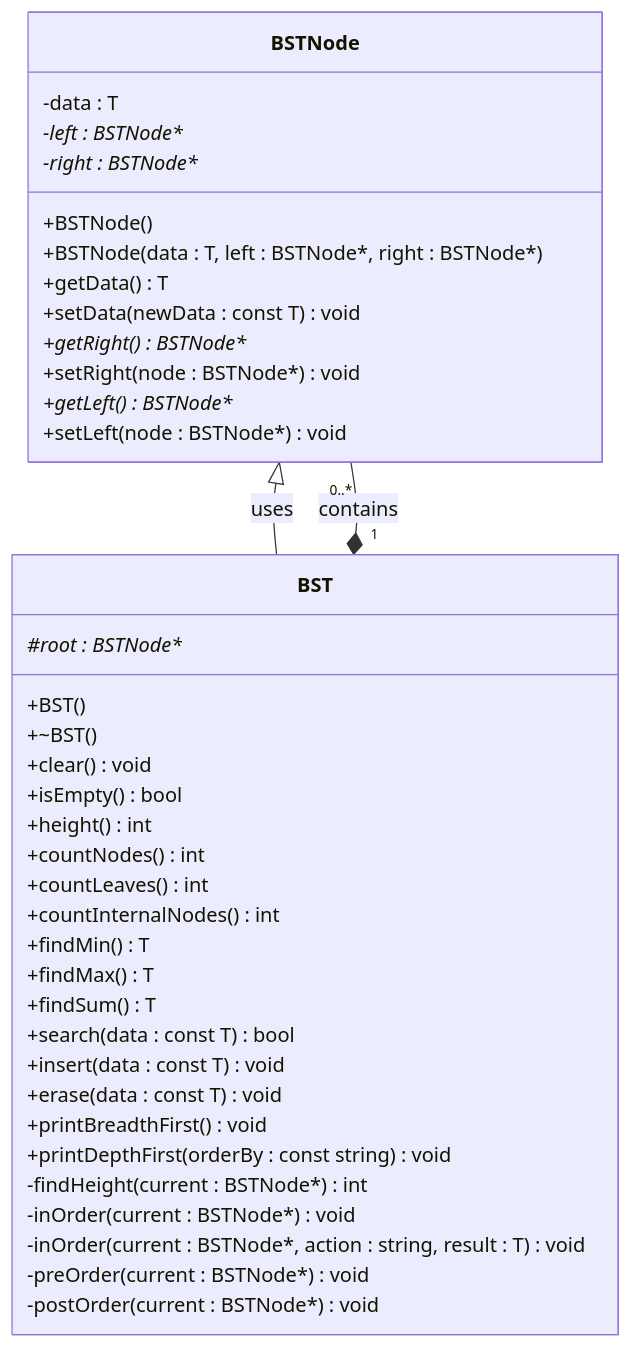
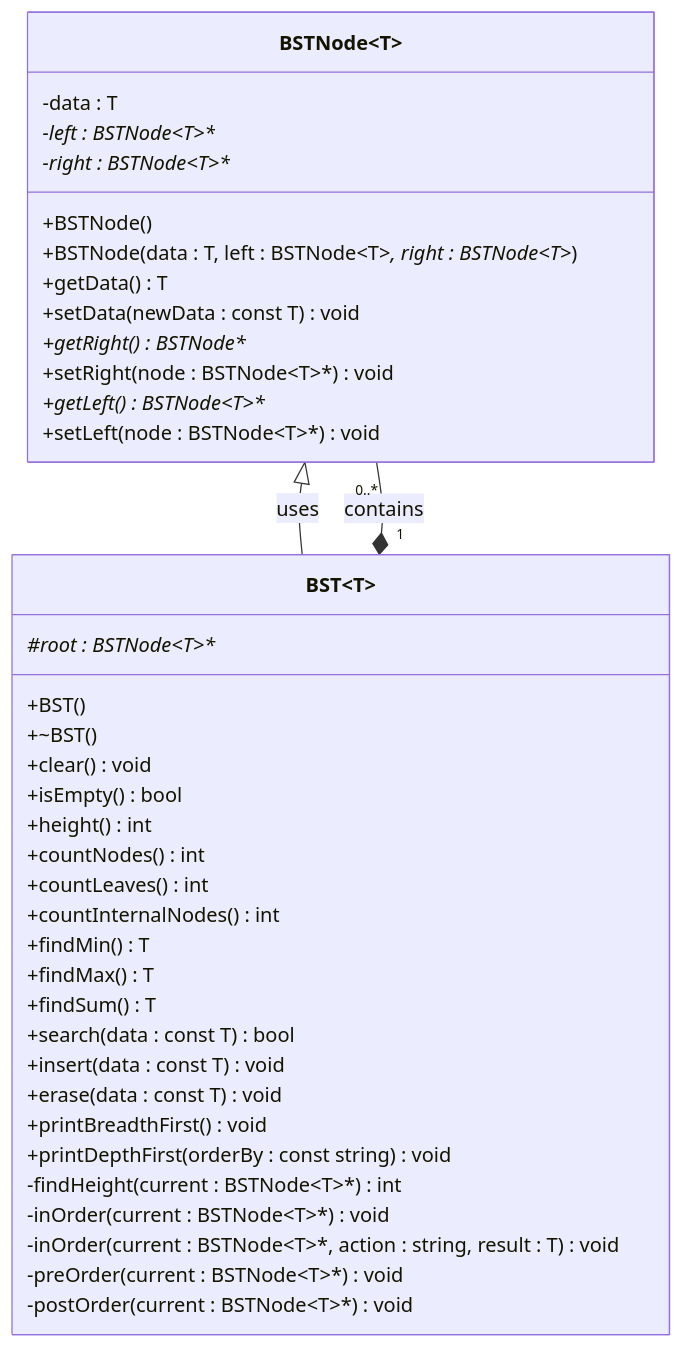
The diagram in Binary Search Tree/README.md (Mohammed-3tef/Data_Structure_Algorithms), drawn with Mermaid before and after one commit. The commit also changed 21 other files, not shown here.

````diff
--- a/Binary Search Tree/README.md
+++ b/Binary Search Tree/README.md
@@ -14,44 +14,44 @@
 ```mermaid
     classDiagram
-    class BSTNode {
+    class BSTNode~T~ {
         -data : T
-        -left : BSTNode** 
-        -right : BSTNode**
+        -left : BSTNode~T~** 
+        -right : BSTNode~T~**
         +BSTNode()
-        +BSTNode(data : T, left : BSTNode*, right : BSTNode*)
+        +BSTNode(data : T, left : BSTNode~T~*, right : BSTNode~T~*)
         +getData() T
         +setData(newData : const T) void
         +getRight() BSTNode**
-        +setRight(node : BSTNode<T>*) void
-        +getLeft() BSTNode**
-        +setLeft(node : BSTNode<T>*) void
+        +setRight(node : BSTNode~T~*) void
+        +getLeft() BSTNode~T~**
+        +setLeft(node : BSTNode~T~*) void
     }
 
-    class BST {
-        #root : BSTNode**
+    class BST~T~ {
+        #root : BSTNode~T~**
         +BST()
         +~BST()
         +clear() void
         +isEmpty() bool
         +height() int
         +countNodes() int
         +countLeaves() int
         +countInternalNodes() int
         +findMin() T
         +findMax() T
         +findSum() T
         +search(data : const T) bool
         +insert(data : const T) void
         +erase(data : const T) void
         +printBreadthFirst() void
         +printDepthFirst(orderBy : const string) void
-        -findHeight(current : BSTNode<T>*) int
-        -inOrder(current : BSTNode<T>* ) void
-        -inOrder(current : BSTNode<T>*, action : string, result : T) void
-        -preOrder(current : BSTNode<T>*) void
-        -postOrder(current : BSTNode<T>*) void
+        -findHeight(current : BSTNode~T~*) int
+        -inOrder(current : BSTNode~T~*) void
+        -inOrder(current : BSTNode~T~*, action : string, result : T) void
+        -preOrder(current : BSTNode~T~*) void
+        -postOrder(current : BSTNode~T~*) void
     }
 
-    BST "1" *-- "0..*" BSTNode : contains
-    BSTNode <|-- BST : uses
+    BST~T~ "1" *-- "0..*" BSTNode~T~ : contains
+    BSTNode~T~ <|-- BST~T~ : uses
 ```
````
